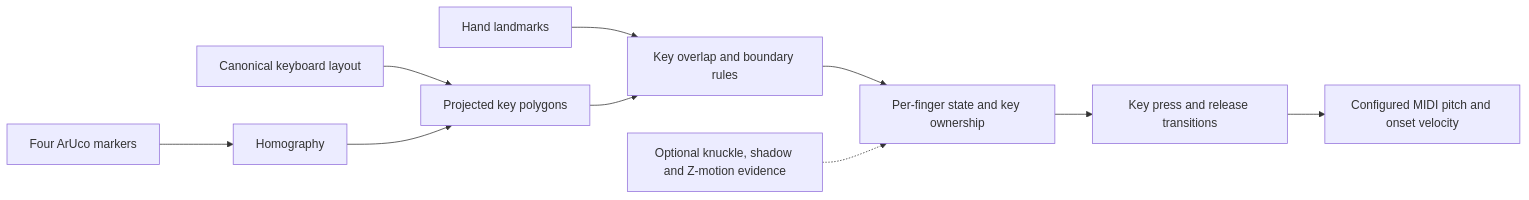
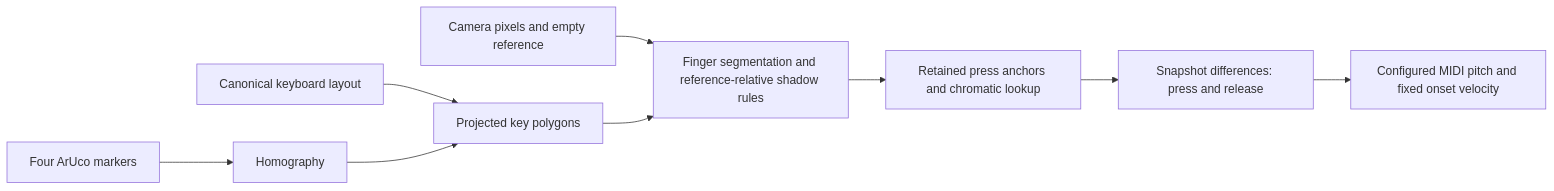
The second of 3 diagrams in docs/explanation.md (Kakrl/MakeShift), drawn with Mermaid before and after one commit. The commit also changed other lines of this file and 85 other files, not shown here.

````diff
--- a/docs/explanation.md
+++ b/docs/explanation.md
@@ -62,12 +60,11 @@
 ```mermaid
 flowchart LR
     Markers["Four ArUco markers"] --> Transform["Homography"]
     Layout["Canonical keyboard layout"] --> Geometry["Projected key polygons"]
     Transform --> Geometry
-    Hands["Hand landmarks"] --> Overlap["Key overlap and boundary rules"]
-    Geometry --> Overlap
-    Overlap --> State["Per-finger state and key ownership"]
-    Extra["Optional knuckle, shadow and Z-motion evidence"] -.-> State
-    State --> Transitions["Key press and release transitions"]
-    Transitions --> Pitch["Configured MIDI pitch and onset velocity"]
+    Frame["Camera pixels and empty reference"] --> Contact["Finger segmentation and reference-relative shadow rules"]
+    Geometry --> Contact
+    Contact --> Anchors["Retained press anchors and chromatic lookup"]
+    Anchors --> Transitions["Snapshot differences: press and release"]
+    Transitions --> Pitch["Configured MIDI pitch and fixed onset velocity"]
 ```
````
